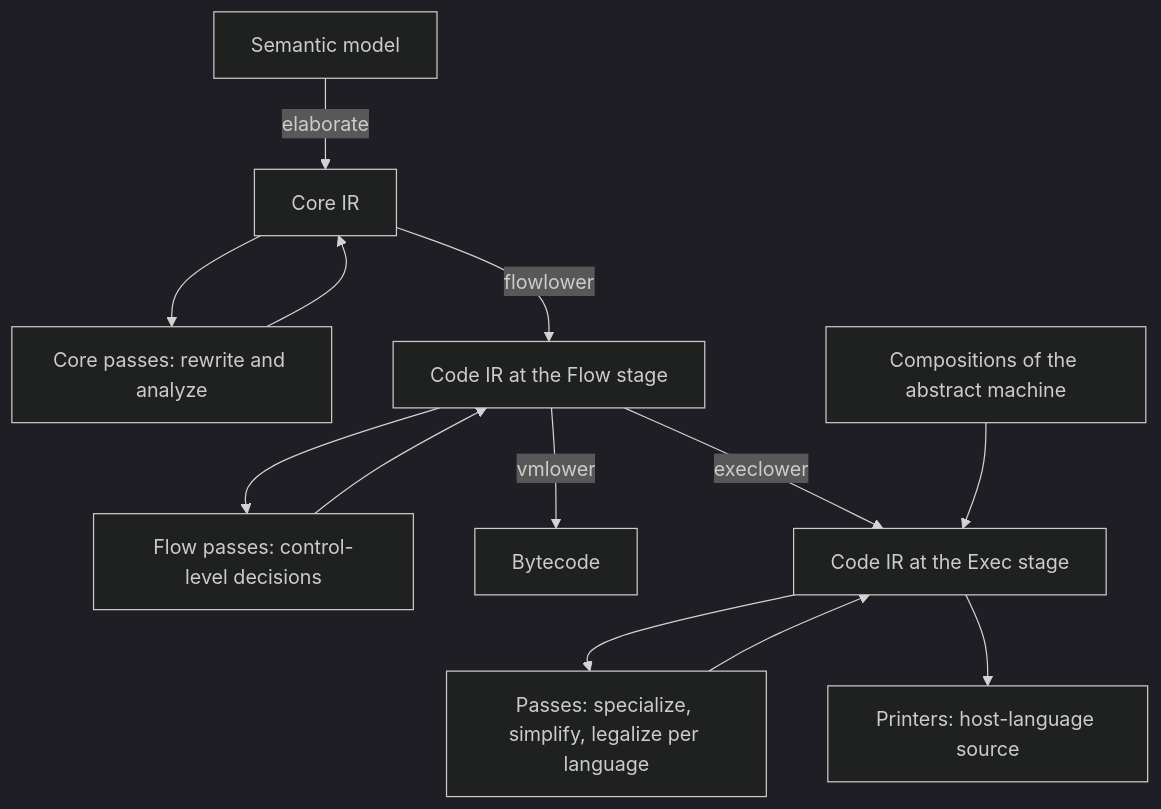
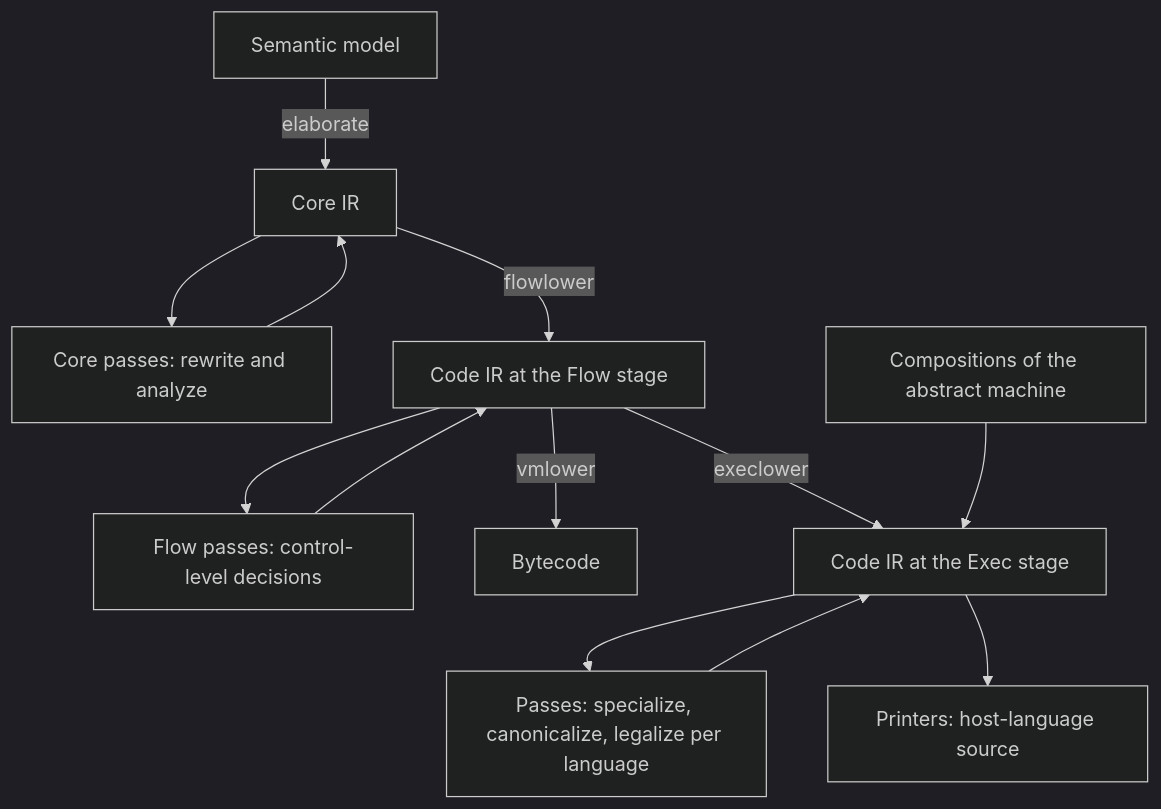
One commit to syntaxir/syntaxir changed the diagram in docs/design/intermediate-representations.md. Above: the diagram before and after it, drawn with Mermaid (dark theme). The commit also changed other lines of this file and 8 other files, not shown here.

````diff
--- a/docs/design/intermediate-representations.md
+++ b/docs/design/intermediate-representations.md
@@ -23,15 +23,15 @@
 ```mermaid
 flowchart TD
   sem["Semantic model"] -->|elaborate| core["Core IR"]
   core --> p["Core passes: rewrite and analyze"]
   p --> core
   core -->|flowlower| flow["Code IR at the Flow stage"]
   flow --> fp["Flow passes: control-level decisions"]
   fp --> flow
   flow -->|vmlower| bc["Bytecode"]
   flow -->|execlower| exec["Code IR at the Exec stage"]
   comp["Compositions of the abstract machine"] --> exec
-  exec --> xp["Passes: specialize, simplify, legalize per language"]
+  exec --> xp["Passes: specialize, canonicalize, legalize per language"]
   xp --> exec
   exec --> out["Printers: host-language source"]
 ```
````
